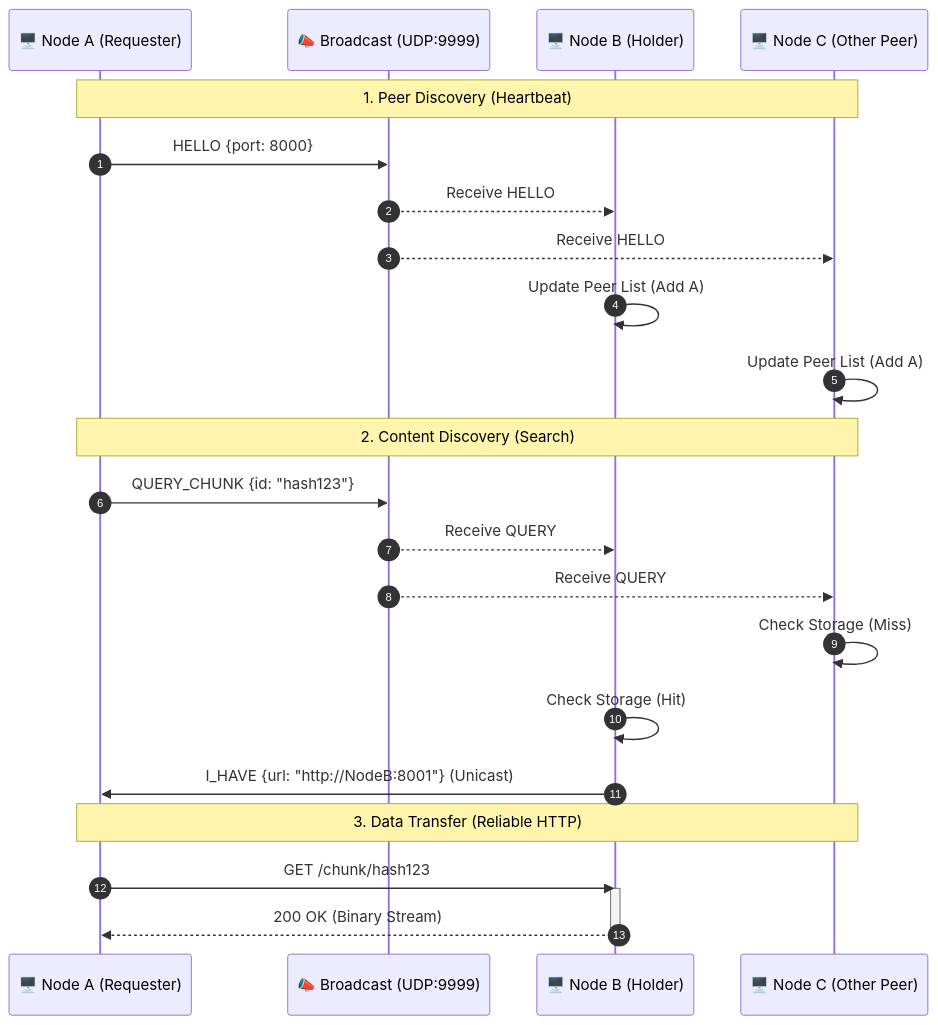
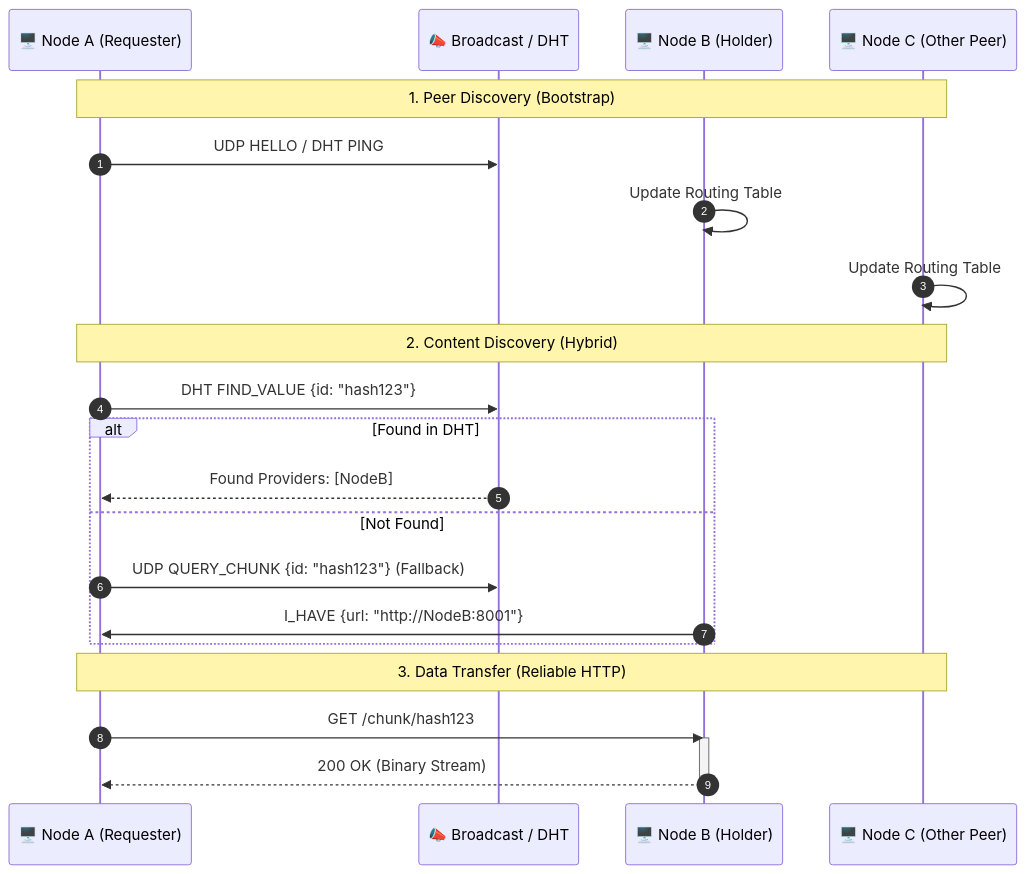
One commit to axiom4/peer2peer changed the third of 7 diagrams in ARCHITECTURE.md. Above: the diagram before and after it, drawn with Mermaid. The commit also changed other lines of this file and 1 other file, not shown here.

Commit message:
Update architecture and README for compression methods and hybrid discovery strategy

````diff
--- a/ARCHITECTURE.md
+++ b/ARCHITECTURE.md
@@ -223,31 +216,28 @@
 ```mermaid
 sequenceDiagram
     autonumber
     participant NodeA as 🖥️ Node A (Requester)
-    participant Broad as 📣 Broadcast (UDP:9999)
+    participant Broad as 📣 Broadcast / DHT
     participant NodeB as 🖥️ Node B (Holder)
     participant NodeC as 🖥️ Node C (Other Peer)
 
-    Note over NodeA, NodeC: 1. Peer Discovery (Heartbeat)
-    NodeA->>Broad: HELLO {port: 8000}
-    Broad-->>NodeB: Receive HELLO
-    Broad-->>NodeC: Receive HELLO
-    NodeB->>NodeB: Update Peer List (Add A)
-    NodeC->>NodeC: Update Peer List (Add A)
+    Note over NodeA, NodeC: 1. Peer Discovery (Bootstrap)
+    NodeA->>Broad: UDP HELLO / DHT PING
+    NodeB->>NodeB: Update Routing Table
+    NodeC->>NodeC: Update Routing Table
 
-    Note over NodeA, NodeC: 2. Content Discovery (Search)
-    NodeA->>Broad: QUERY_CHUNK {id: "hash123"}
-    Broad-->>NodeB: Receive QUERY
-    Broad-->>NodeC: Receive QUERY
-
-    NodeC->>NodeC: Check Storage (Miss)
-    NodeB->>NodeB: Check Storage (Hit)
-
-    NodeB->>NodeA: I_HAVE {url: "http://NodeB:8001"} (Unicast)
+    Note over NodeA, NodeC: 2. Content Discovery (Hybrid)
+    NodeA->>Broad: DHT FIND_VALUE {id: "hash123"}
+    alt Found in DHT
+        Broad-->>NodeA: Found Providers: [NodeB]
+    else Not Found
+        NodeA->>Broad: UDP QUERY_CHUNK {id: "hash123"} (Fallback)
+        NodeB->>NodeA: I_HAVE {url: "http://NodeB:8001"}
+    end
 
     Note over NodeA, NodeC: 3. Data Transfer (Reliable HTTP)
     NodeA->>NodeB: GET /chunk/hash123
     activate NodeB
     NodeB-->>NodeA: 200 OK (Binary Stream)
     deactivate NodeB
 ```
````
